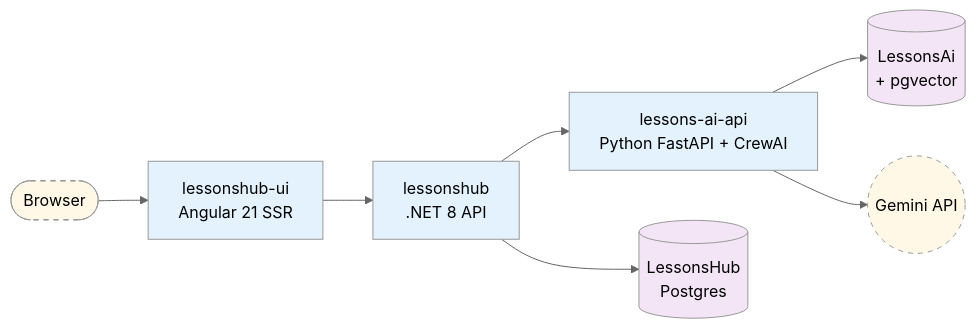
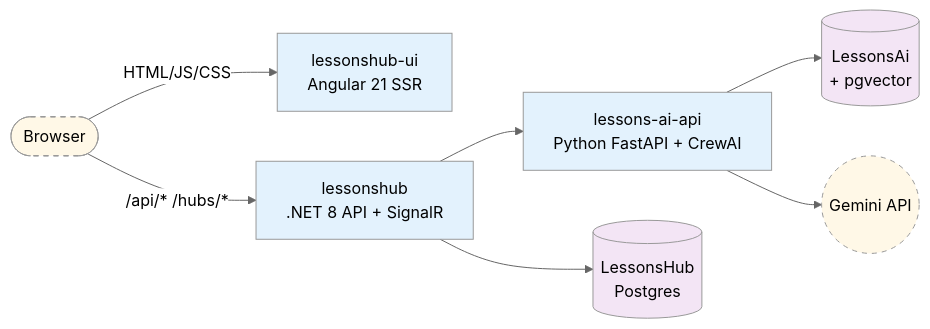
One commit to Dockdep/LessonHub changed the diagram in README.md. Above: the diagram before and after it, drawn with Mermaid (neutral theme). The commit also changed other lines of this file and 29 other files, not shown here.

````diff
--- a/README.md
+++ b/README.md
@@ -11,20 +11,21 @@
 ```mermaid
 flowchart LR
   classDef ext stroke-dasharray: 5 5,fill:#fff8e7
   classDef int fill:#e3f2fd
   classDef db fill:#f3e5f5
 
   user([Browser]):::ext
   ui[lessonshub-ui<br/>Angular 21 SSR]:::int
-  api[lessonshub<br/>.NET 8 API]:::int
+  api[lessonshub<br/>.NET 8 API + SignalR]:::int
   ai[lessons-ai-api<br/>Python FastAPI + CrewAI]:::int
   pg1[(LessonsHub<br/>Postgres)]:::db
   pg2[(LessonsAi<br/>+ pgvector)]:::db
   gemini((Gemini API)):::ext
 
-  user --> ui --> api
+  user -- HTML/JS/CSS --> ui
+  user -- /api/* /hubs/* --> api
   api --> ai
   api --> pg1
   ai --> pg2
   ai --> gemini
 ```
````
